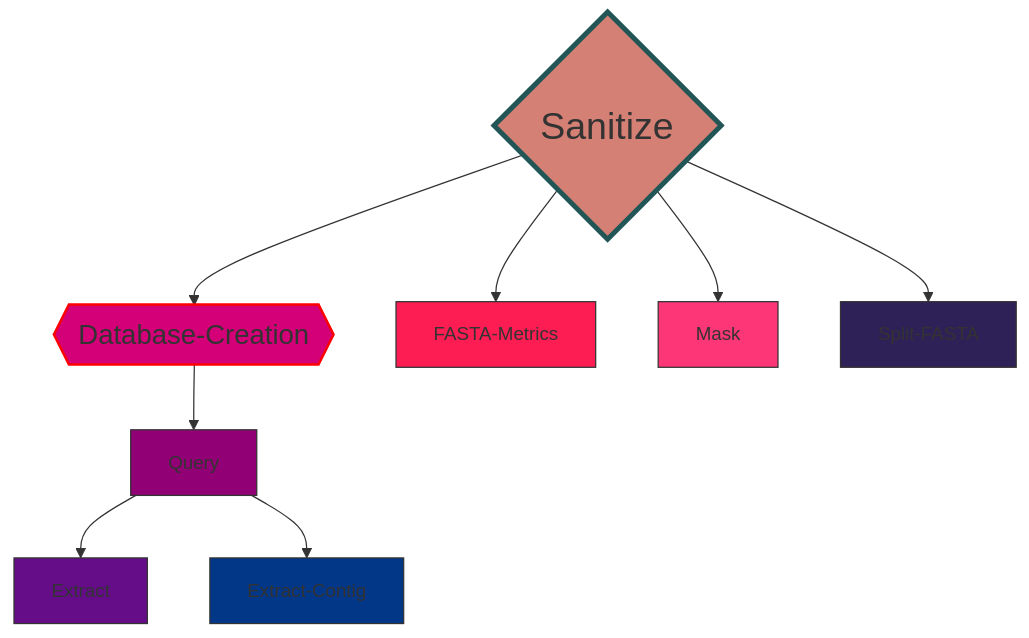
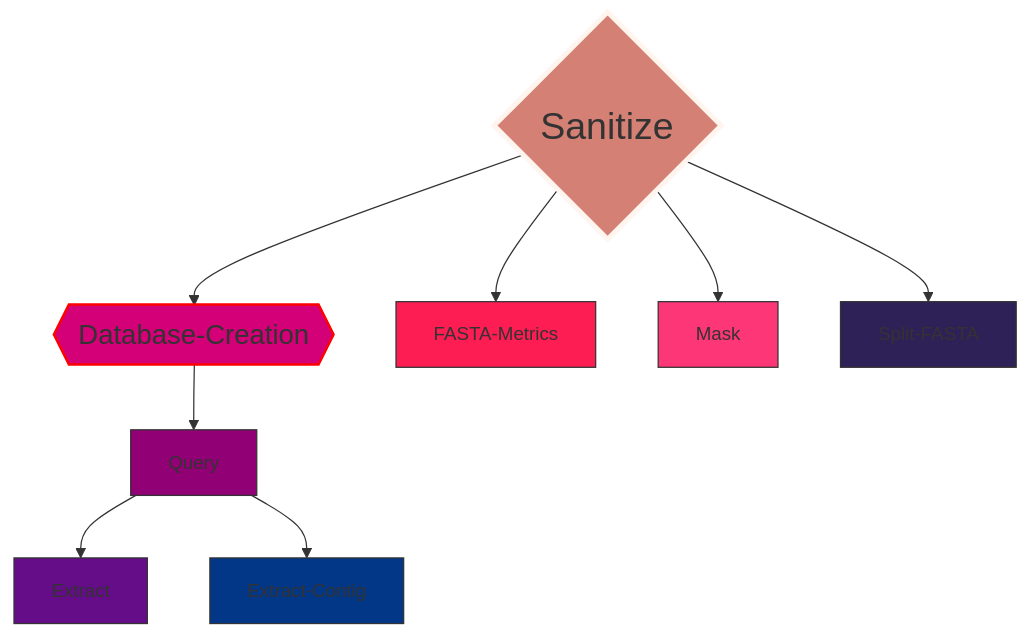
One commit to ERBringHorvath/SeqForge changed the diagram in README.md. Above: the diagram before and after it, drawn with Mermaid.

````diff
--- a/README.md
+++ b/README.md
@@ -79,20 +79,20 @@
 ```mermaid
 graph TD;
     A{Sanitize}-->B{{Database-Creation}};
     B{{Database-Creation}}-->C[Query];
     C[Query]-->D[Extract];
     C[Query]-->E[Extract-Contig];
     A{Sanitize}-->F[FASTA-Metrics];
     A{Sanitize}-->G[Mask];
     A{Sanitize}-->H[Split-FASTA];
 
     %% Custom style for Sanitize node
-    style A fill:#d48074,stroke:#255,stroke-width:4,font-size:30px
+    style A fill:#d48074,stroke:#fff5ee,stroke-width:4,font-size:30px
     style B fill:#d40078,stroke:#ff0000,stroke-width:2,font-size:22px
     style C fill:#920075,stroke:#333,stroke-width:1,font-size:15px
     style D fill:#650D89,stroke:#333,stroke-width:1,font-size:15px
     style E fill:#023788,stroke:#333,stroke-width:1,font-size:15px
     style F fill:#fd1d53,stroke:#333,stroke-width:1,font-size:15px
     style G fill:#fd3777,stroke:#333,stroke-width:1,font-size:15px
     style H fill:#2e2157,stroke:#333,stroke-width:1,font-size:15px
 ```
````
